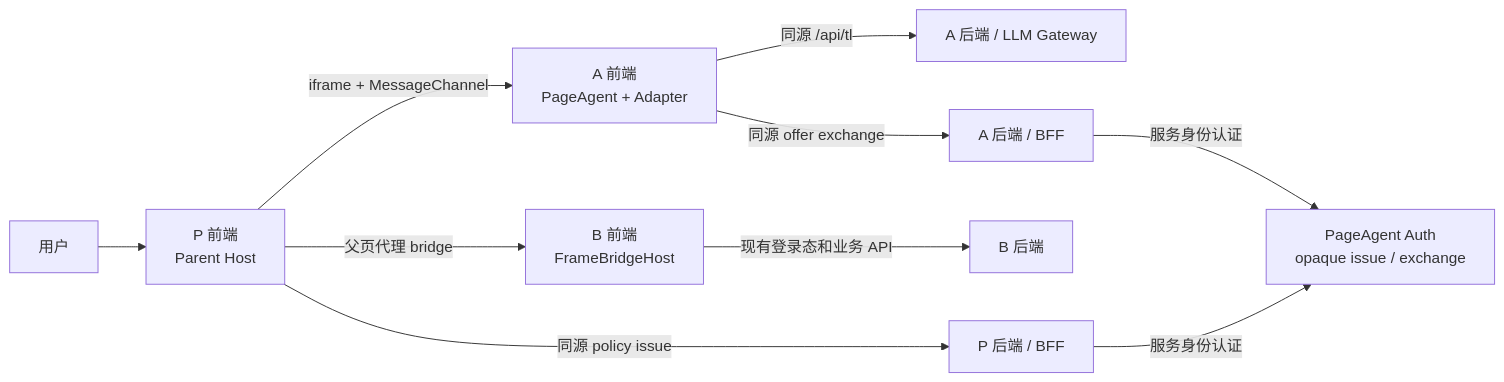
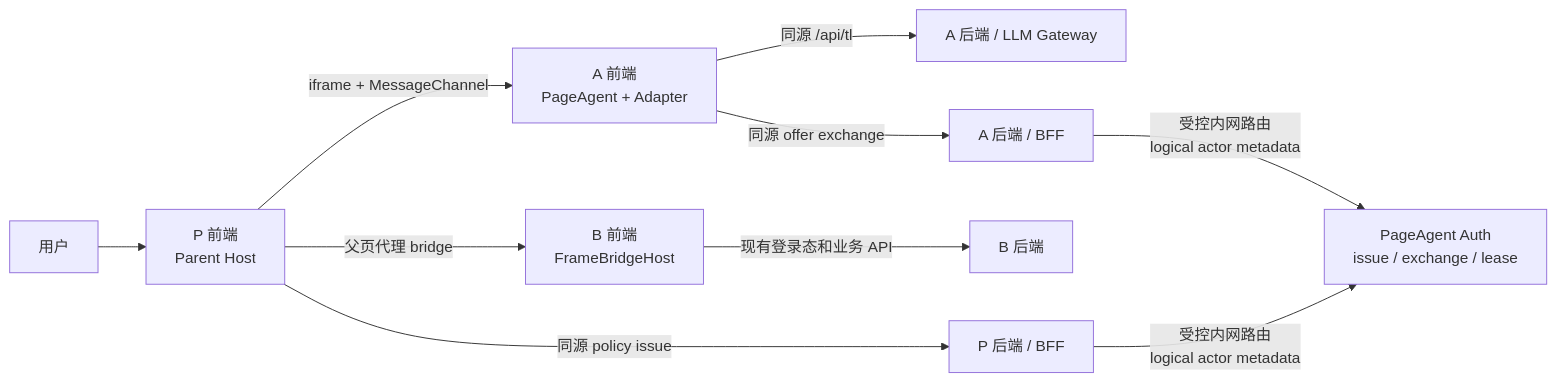
One commit to JohnParken/page-agent changed the diagram in docs/parent-bridge-production-deployment.zh-CN.md. Above: the diagram before and after it, drawn with Mermaid. The commit also changed other lines of this file and 10 other files, not shown here.

````diff
--- a/docs/parent-bridge-production-deployment.zh-CN.md
+++ b/docs/parent-bridge-production-deployment.zh-CN.md
@@ -115,12 +122,12 @@
 ```mermaid
 flowchart LR
     User["用户"] --> P["P 前端<br/>Parent Host"]
     P -->|"iframe + MessageChannel"| A["A 前端<br/>PageAgent + Adapter"]
     P -->|"父页代理 bridge"| B["B 前端<br/>FrameBridgeHost"]
     A -->|"同源 /api/tl"| AG["A 后端 / LLM Gateway"]
     P -->|"同源 policy issue"| PB["P 后端 / BFF"]
     A -->|"同源 offer exchange"| AB["A 后端 / BFF"]
-    PB -->|"服务身份认证"| Auth["PageAgent Auth<br/>opaque issue / exchange"]
-    AB -->|"服务身份认证"| Auth
+    PB -->|"受控内网路由<br/>logical actor metadata"| Auth["PageAgent Auth<br/>issue / exchange / lease"]
+    AB -->|"受控内网路由<br/>logical actor metadata"| Auth
     B -->|"现有登录态和业务 API"| BB["B 后端"]
 ```
````
